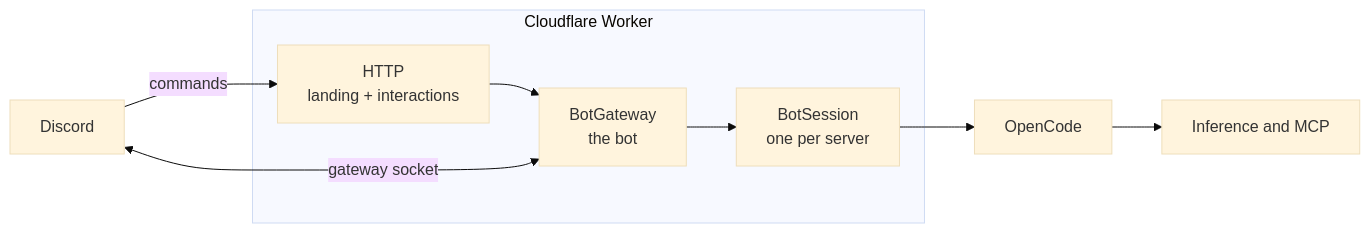
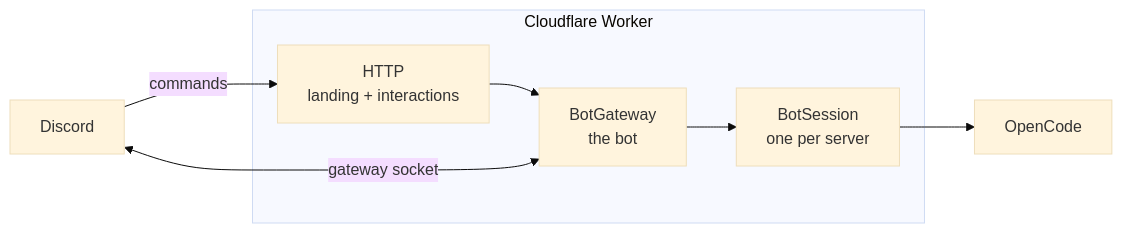
One commit to oscartbeaumont/eryn changed the diagram in README.md. Above: the diagram before and after it, drawn with Mermaid (base theme).

Commit message:
Drop the inference node from the diagram

````diff
--- a/README.md
+++ b/README.md
@@ -11,20 +11,18 @@
 ```mermaid
 flowchart LR
     discord[Discord]
 
     subgraph worker[Cloudflare Worker]
         routes[HTTP<br/>landing + interactions]
         bot[BotGateway<br/>the bot]
         session["BotSession<br/>one per server"]
     end
 
     agent[OpenCode]
-    services[Inference and MCP]
 
     discord -->|commands| routes
     routes --> bot
     discord <-->|gateway socket| bot
     bot --> session
     session --> agent
-    agent --> services
 ```
````
